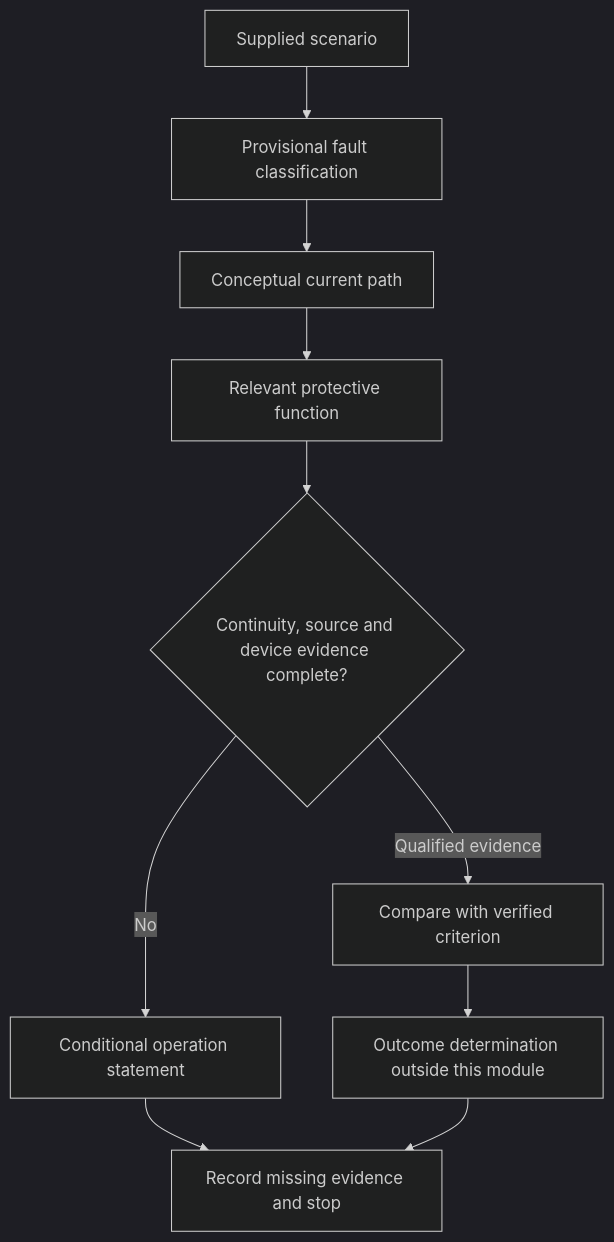
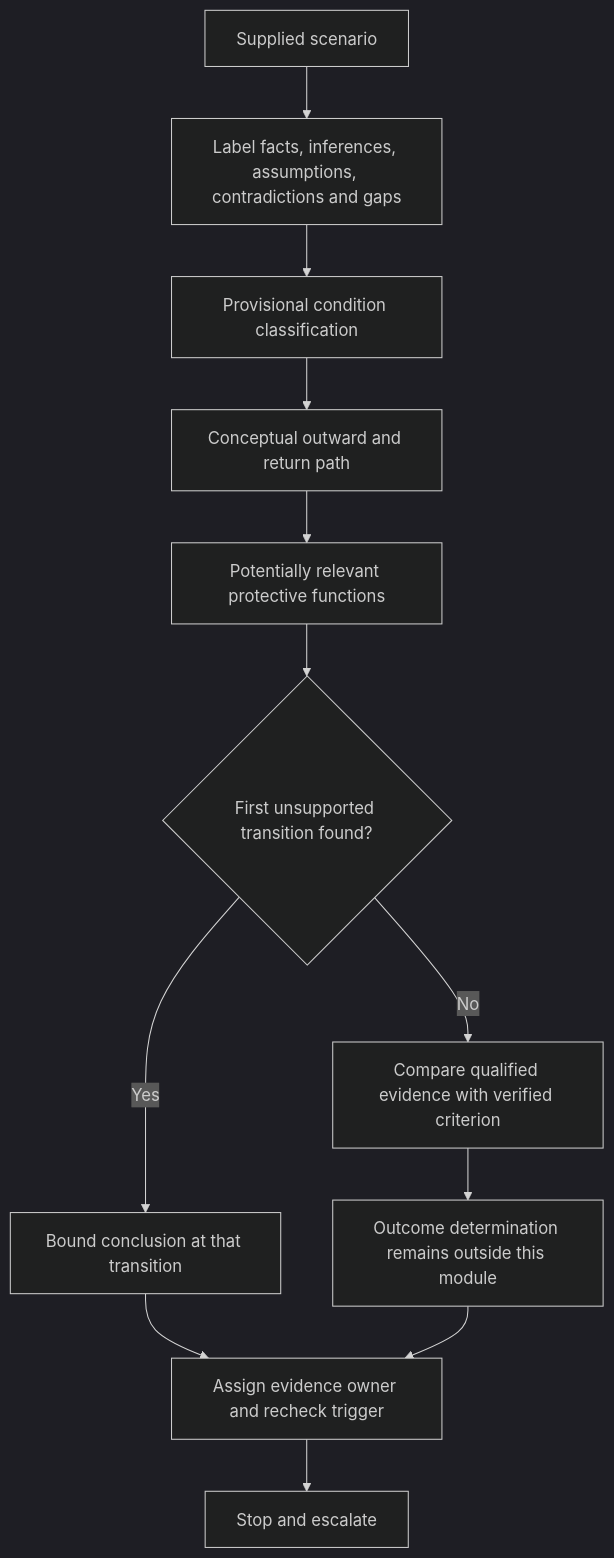
Before and after one commit to andrew3stedall/capstone: the first of 2 diagrams in docs/learning-plans/12-week/modules/day-20-men-fault-scenarios-and-protective-device-operation-reasoning.md, drawn with Mermaid (dark theme). The commit also changed other lines of this file, not shown here.

Commit message:
Improve Day 20 MEN fault reasoning

````diff
--- a/docs/learning-plans/12-week/modules/day-20-men-fault-scenarios-and-protective-device-operation-reasoning.md
+++ b/docs/learning-plans/12-week/modules/day-20-men-fault-scenarios-and-protective-device-operation-reasoning.md
@@ -92,12 +115,14 @@
 ```mermaid
 flowchart TD
-    A["Supplied scenario"] --> B["Provisional fault classification"]
-    B --> C["Conceptual current path"]
-    C --> D["Relevant protective function"]
-    D --> E{"Continuity, source and device evidence complete?"}
-    E -->|"No"| F["Conditional operation statement"]
-    E -->|"Qualified evidence"| G["Compare with verified criterion"]
-    G --> H["Outcome determination outside this module"]
-    F --> I["Record missing evidence and stop"]
-    H --> I
+    A["Supplied scenario"] --> B["Label facts, inferences, assumptions, contradictions and gaps"]
+    B --> C["Provisional condition classification"]
+    C --> D["Conceptual outward and return path"]
+    D --> E["Potentially relevant protective functions"]
+    E --> F{"First unsupported transition found?"}
+    F -->|"Yes"| G["Bound conclusion at that transition"]
+    F -->|"No"| H["Compare qualified evidence with verified criterion"]
+    G --> I["Assign evidence owner and recheck trigger"]
+    H --> J["Outcome determination remains outside this module"]
+    J --> I
+    I --> K["Stop and escalate"]
 ```
````
